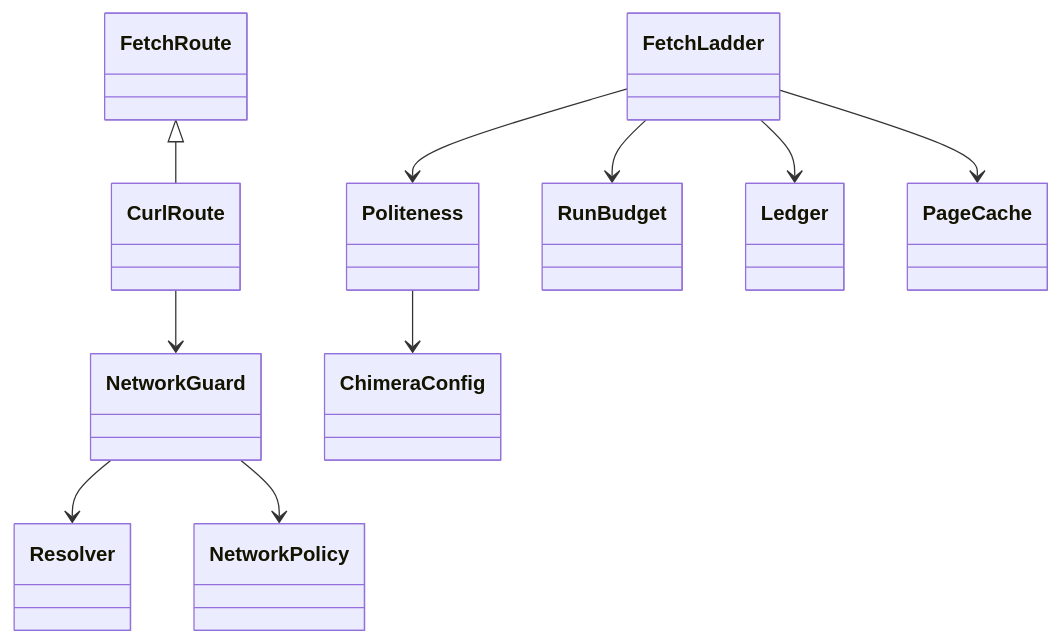
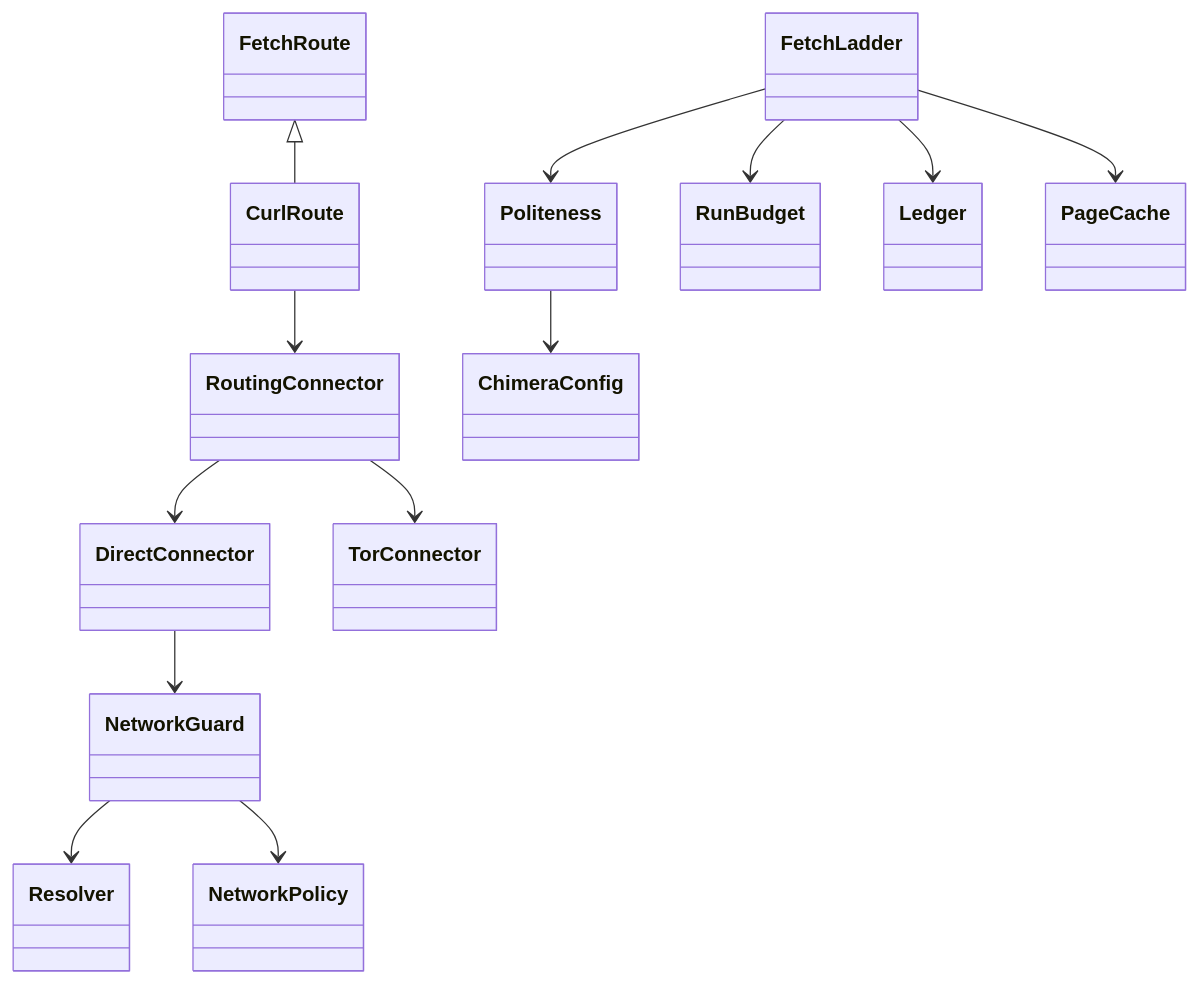
Before and after one commit to ginkorea/ghimera: the diagram in docs/C1.md, drawn with Mermaid. The commit also changed other lines of this file and 13 other files, not shown here.

````diff
--- a/docs/C1.md
+++ b/docs/C1.md
@@ -59,12 +63,15 @@
 ```mermaid
 classDiagram
     FetchRoute <|-- CurlRoute
     FetchLadder --> Politeness
     FetchLadder --> RunBudget
     FetchLadder --> Ledger
     FetchLadder --> PageCache
-    CurlRoute --> NetworkGuard
+    CurlRoute --> RoutingConnector
+    RoutingConnector --> DirectConnector
+    RoutingConnector --> TorConnector
+    DirectConnector --> NetworkGuard
     NetworkGuard --> Resolver
     NetworkGuard --> NetworkPolicy
     Politeness --> ChimeraConfig
 ```
````
